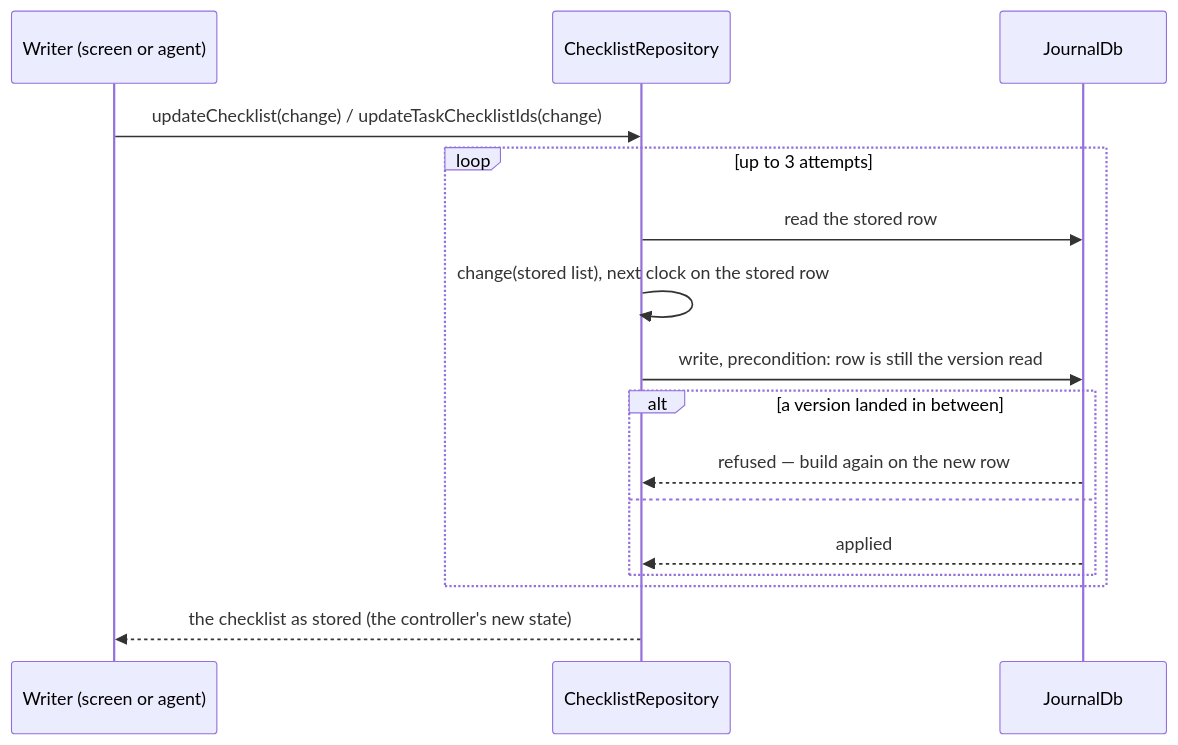
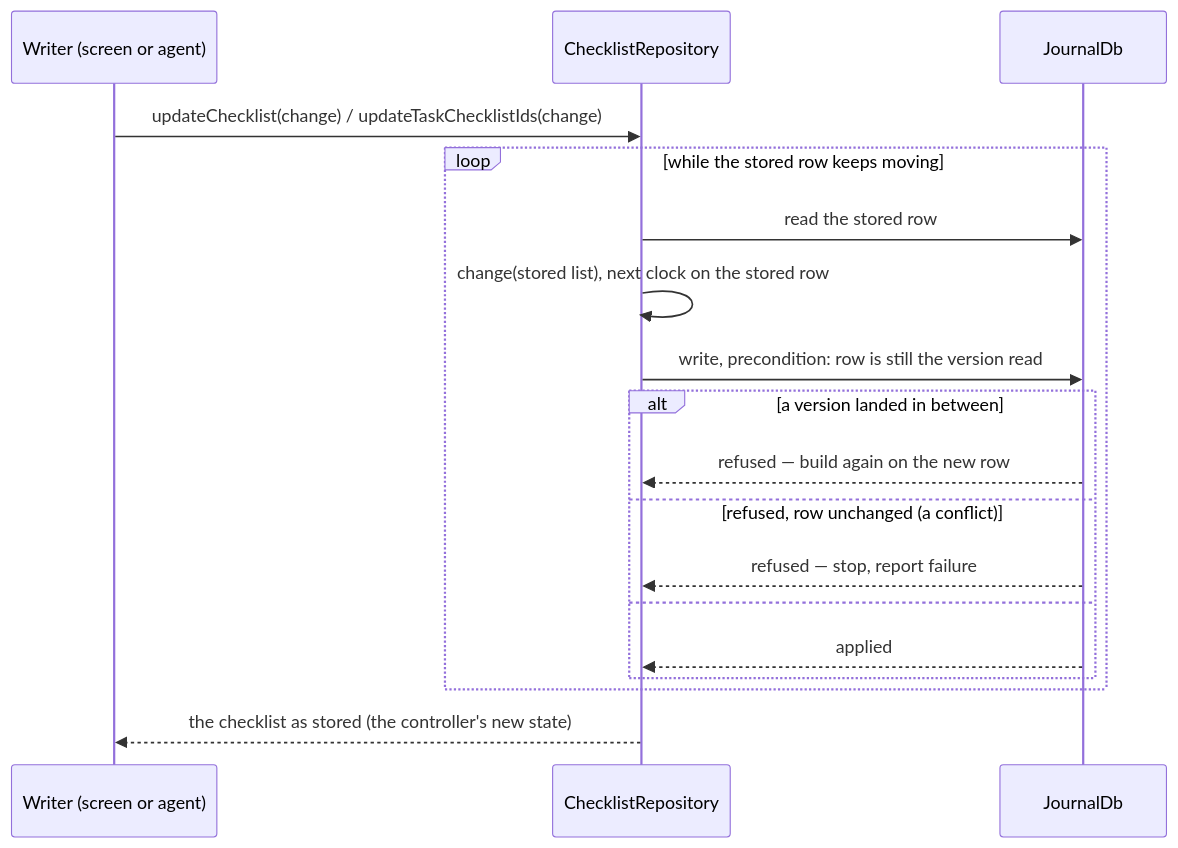
Before and after one commit to matthiasn/lotti: the second of 4 diagrams in knowledge/features/tasks/checklists.md, drawn with Mermaid. The commit also changed 6 other files, not shown here.

First line of the commit message:
fix(tasks): re-apply sovereignty guards on the stored item and never list an unstored row

````diff
--- a/knowledge/features/tasks/checklists.md
+++ b/knowledge/features/tasks/checklists.md
@@ -86,18 +86,20 @@
 ```mermaid
 sequenceDiagram
   participant W as Writer (screen or agent)
   participant R as ChecklistRepository
   participant DB as JournalDb
   W->>R: updateChecklist(change) / updateTaskChecklistIds(change)
-  loop up to 3 attempts
+  loop while the stored row keeps moving
     R->>DB: read the stored row
     R->>R: change(stored list), next clock on the stored row
     R->>DB: write, precondition: row is still the version read
     alt a version landed in between
       DB-->>R: refused — build again on the new row
+    else refused, row unchanged (a conflict)
+      DB-->>R: refused — stop, report failure
     else
       DB-->>R: applied
     end
   end
   R-->>W: the checklist as stored (the controller's new state)
 ```
````
